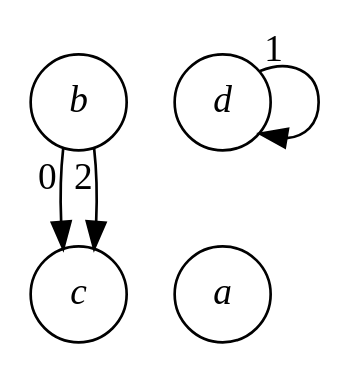
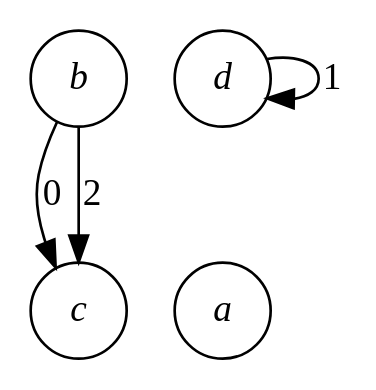
The diagram in src/Ubiquitous.Workbench/IndexedGraphs/02.gv (qbit86/arborescence), drawn with Graphviz before and after one commit. The commit also changed 2 other files, not shown here.

Commit message:
Replace xlabel with label.

```diff
--- a/src/Ubiquitous.Workbench/IndexedGraphs/02.gv
+++ b/src/Ubiquitous.Workbench/IndexedGraphs/02.gv
@@ -1,10 +1,10 @@
 digraph "Isolated first vertex" {
   node [shape=circle fontname="Times-Italic"]
-  b -> c [xlabel=0]
-  d -> d [xlabel=1]
-  b -> c [xlabel=2]
+  b -> c [label=0]
+  d -> d [label=1]
+  b -> c [label=2]
   {
     rank=same
     c a
   }
 }
```
